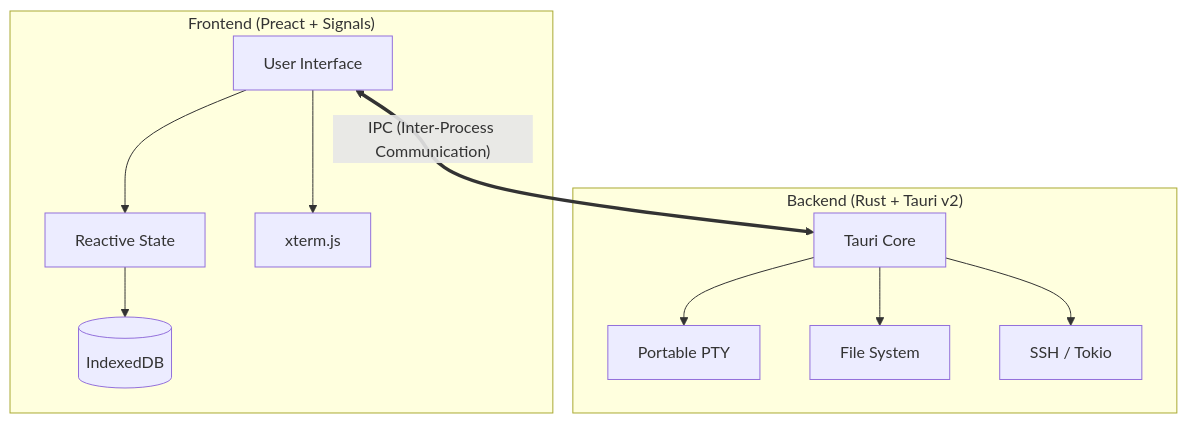
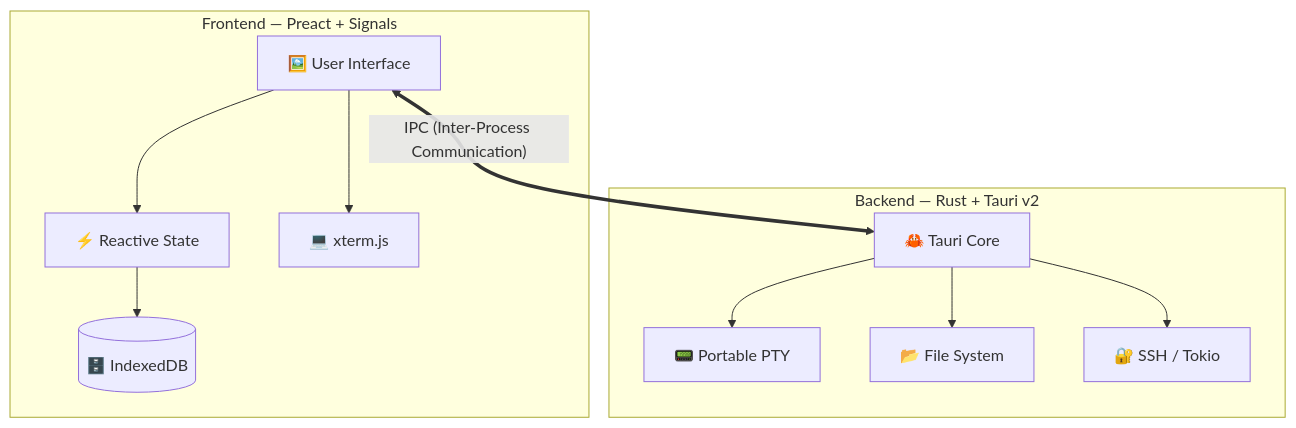
Before and after one commit to theja-vanka/NightFlow: the diagram in README.md, drawn with Mermaid. The commit also changed other lines of this file, not shown here.

````diff
--- a/README.md
+++ b/README.md
@@ -70,16 +82,16 @@
 ```mermaid
 graph TD
-    subgraph "Frontend (Preact + Signals)"
-        UI[User Interface] --> State[Reactive State]
-        State --> DB[(IndexedDB)]
-        UI --> Terminal[xterm.js]
+    subgraph "Frontend — Preact + Signals"
+        UI["🖼️ User Interface"] --> State["⚡ Reactive State"]
+        State --> DB[("🗄️ IndexedDB")]
+        UI --> Terminal["💻 xterm.js"]
     end
 
-    subgraph "Backend (Rust + Tauri v2)"
-        Tauri[Tauri Core] --> PTY[Portable PTY]
-        Tauri --> FS[File System]
-        Tauri --> SSH[SSH / Tokio]
+    subgraph "Backend — Rust + Tauri v2"
+        Tauri["🦀 Tauri Core"] --> PTY["📟 Portable PTY"]
+        Tauri --> FS["📂 File System"]
+        Tauri --> SSH["🔐 SSH / Tokio"]
     end
 
     UI <== "IPC (Inter-Process Communication)" ==> Tauri
 ```
````
